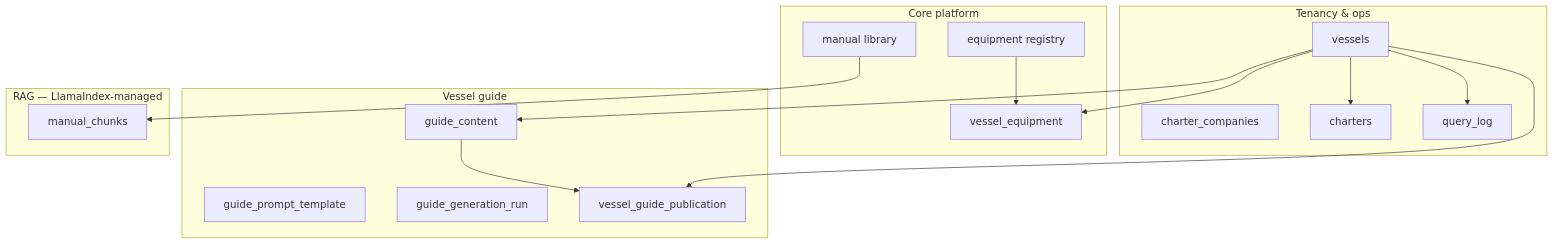
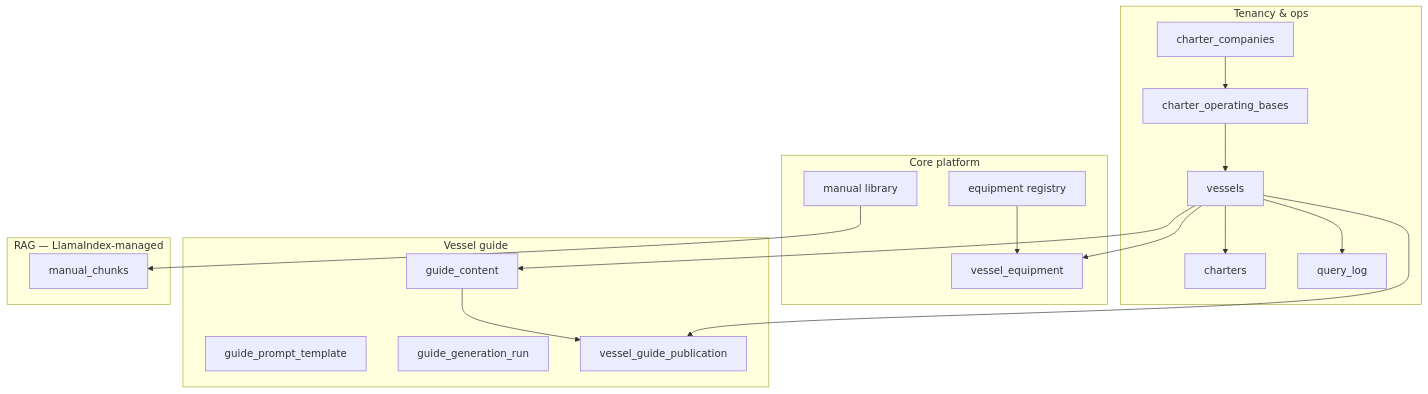
Before and after one commit to ilopata1/cattitude: the diagram in clever-sailor-data-model.md, drawn with Mermaid. The commit also changed other lines of this file and 2 other files, not shown here.

First line of the commit message:
Add charter operating bases for location-specific vessel guide context.

````diff
--- a/clever-sailor-data-model.md
+++ b/clever-sailor-data-model.md
@@ -36,35 +37,38 @@
 ```mermaid
 flowchart TB
   subgraph core [Core platform]
     EQ[equipment registry]
     ML[manual library]
     VE[vessel_equipment]
   end
 
   subgraph tenancy [Tenancy & ops]
     CC[charter_companies]
+    OB[charter_operating_bases]
     V[vessels]
     CH[charters]
     QL[query_log]
   end
 
   subgraph guide [Vessel guide]
     PT[guide_prompt_template]
     GR[guide_generation_run]
     GC[guide_content]
     PUB[vessel_guide_publication]
   end
 
   subgraph rag [RAG — LlamaIndex-managed]
     MC[manual_chunks]
   end
 
   EQ --> VE
+  CC --> OB
+  OB --> V
   V --> VE
   ML --> MC
   V --> GC
   GC --> PUB
   V --> PUB
   V --> CH
   V --> QL
 ```
````
